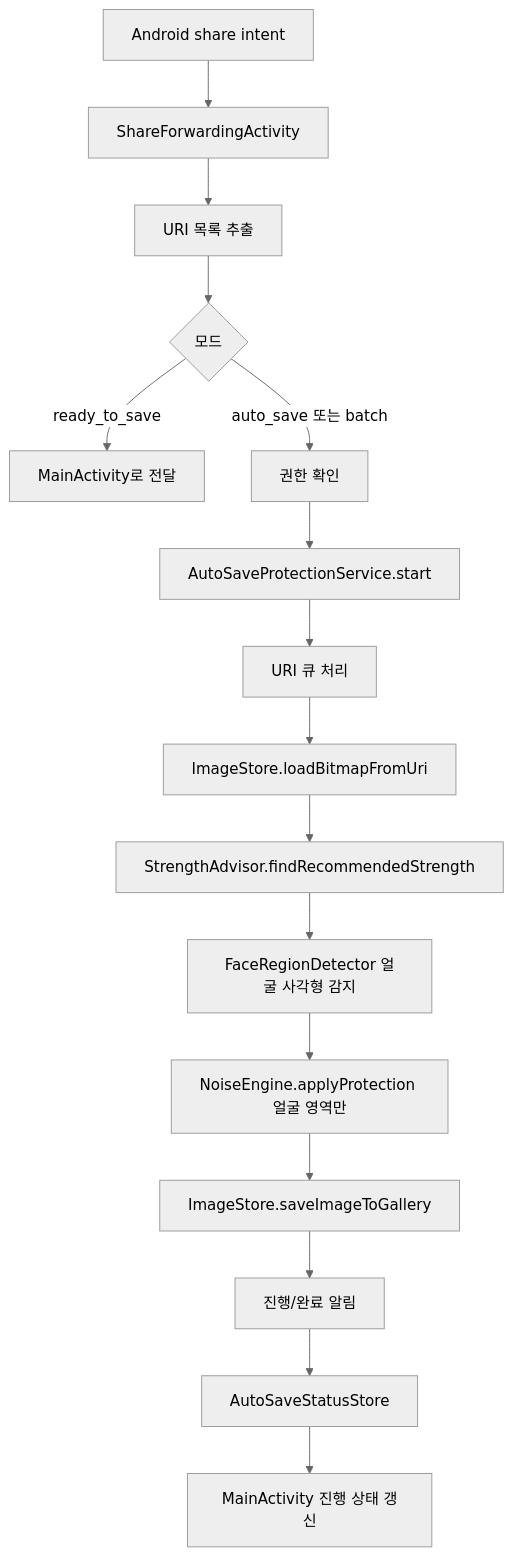
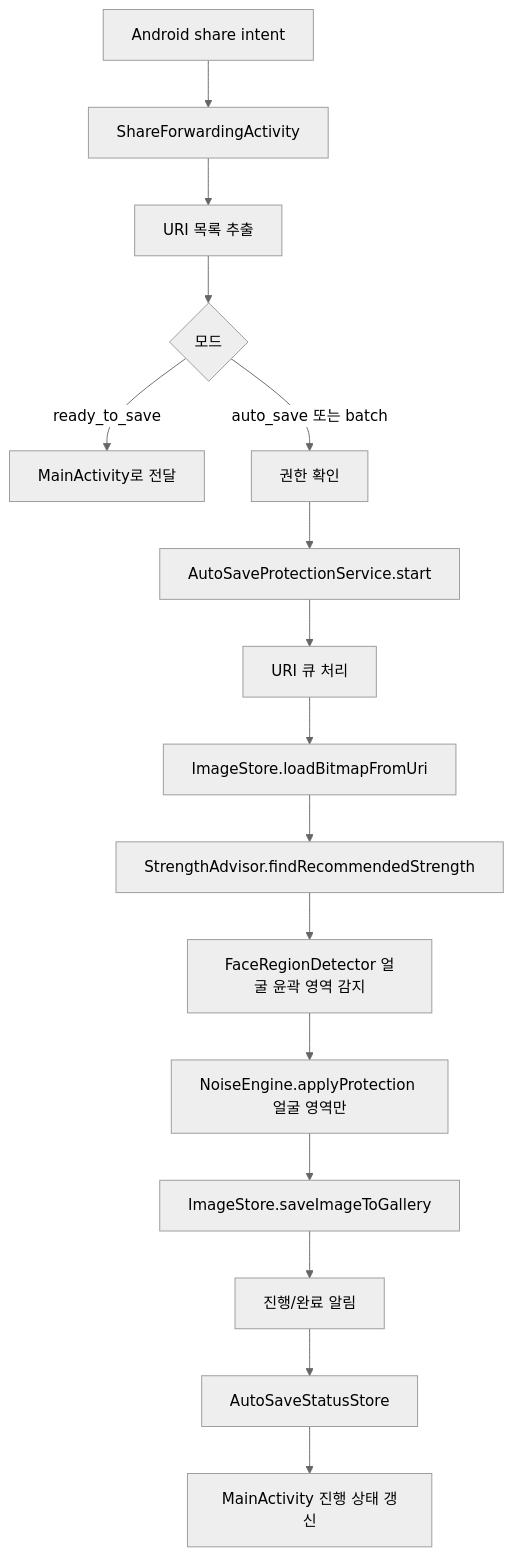
One commit to js4484821266/Haan-Ghil-Muulnaat changed the second of 6 diagrams in ABSORB.md. Above: the diagram before and after it, drawn with Mermaid (neutral theme). The commit also changed other lines of this file and 7 other files, not shown here.

````diff
--- a/ABSORB.md
+++ b/ABSORB.md
@@ -99,18 +99,18 @@
 ```mermaid
 flowchart TD
     A[Android share intent] --> B[ShareForwardingActivity]
     B --> C[URI 목록 추출]
     C --> D{모드}
     D -- ready_to_save --> E[MainActivity로 전달]
     D -- auto_save 또는 batch --> F[권한 확인]
     F --> G[AutoSaveProtectionService.start]
     G --> H[URI 큐 처리]
     H --> I[ImageStore.loadBitmapFromUri]
     I --> J[StrengthAdvisor.findRecommendedStrength]
-    J --> R[FaceRegionDetector 얼굴 사각형 감지]
+    J --> R[FaceRegionDetector 얼굴 윤곽 영역 감지]
     R --> K[NoiseEngine.applyProtection 얼굴 영역만]
     K --> L[ImageStore.saveImageToGallery]
     L --> M[진행/완료 알림]
     M --> N[AutoSaveStatusStore]
     N --> O[MainActivity 진행 상태 갱신]
 ```
````
